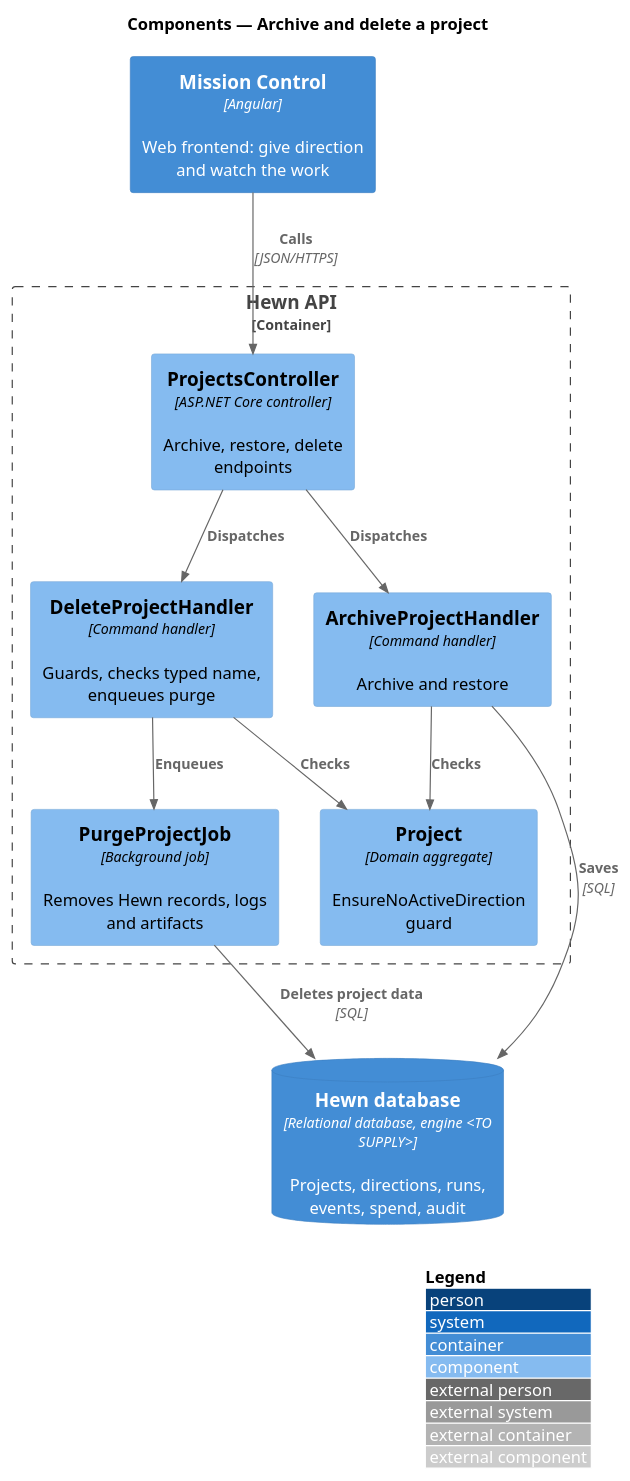
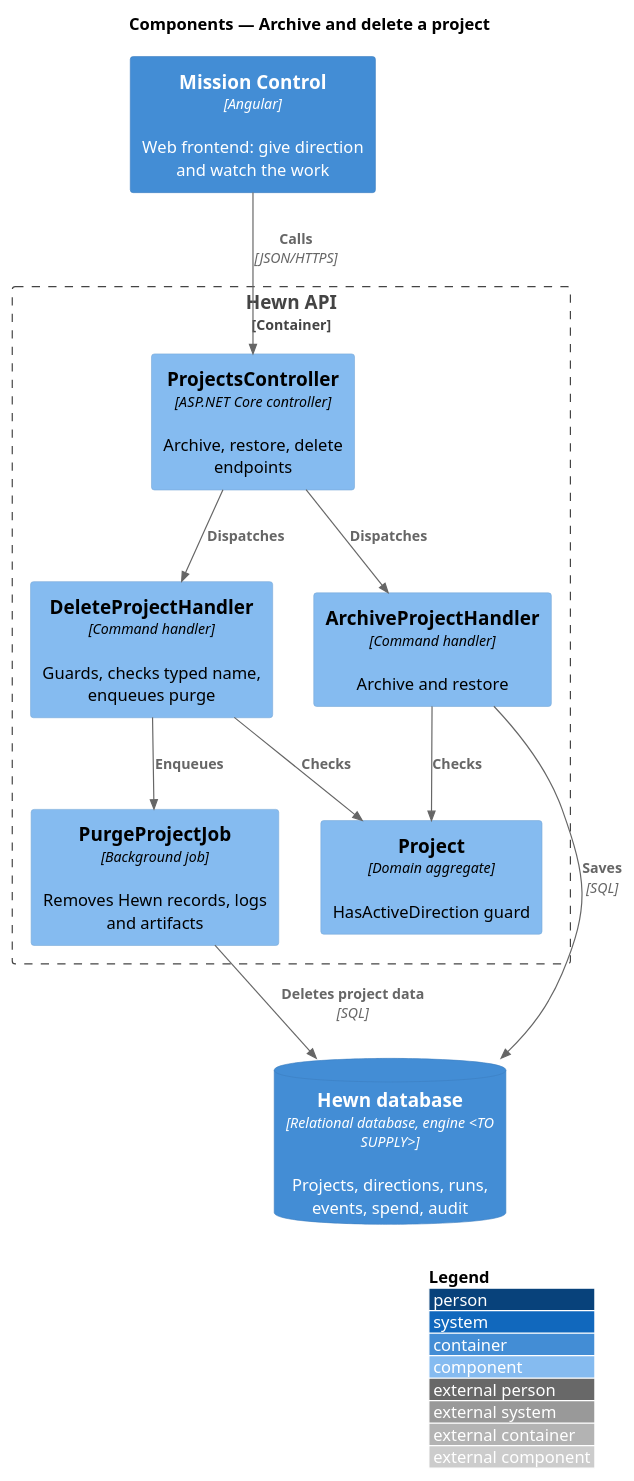
One commit to QuinntyneBrown/hewn changed the diagram in docs/detailed-designs/projects/archive-and-delete-project/diagrams/c4-component.puml. Above: the diagram before and after it, drawn with PlantUML. The commit also changed 57 other files, not shown here.

```diff
--- a/docs/detailed-designs/projects/archive-and-delete-project/diagrams/c4-component.puml
+++ b/docs/detailed-designs/projects/archive-and-delete-project/diagrams/c4-component.puml
@@ -1,24 +1,24 @@
 @startuml
 !include <C4/C4_Component>
 LAYOUT_WITH_LEGEND()
 title Components — Archive and delete a project
 
 Container(spa, "Mission Control", "Angular", "Web frontend: give direction and watch the work")
 ContainerDb(db, "Hewn database", "Relational database, engine <TO SUPPLY>", "Projects, directions, runs, events, spend, audit")
 Container_Boundary(api_b, "Hewn API") {
   Component(ctrl, "ProjectsController", "ASP.NET Core controller", "Archive, restore, delete endpoints")
   Component(arch, "ArchiveProjectHandler", "Command handler", "Archive and restore")
   Component(del, "DeleteProjectHandler", "Command handler", "Guards, checks typed name, enqueues purge")
-  Component(guard, "Project", "Domain aggregate", "EnsureNoActiveDirection guard")
+  Component(guard, "Project", "Domain aggregate", "HasActiveDirection guard")
   Component(purge, "PurgeProjectJob", "Background job", "Removes Hewn records, logs and artifacts")
 }
 
 Rel(spa, ctrl, "Calls", "JSON/HTTPS")
 Rel(ctrl, arch, "Dispatches")
 Rel(ctrl, del, "Dispatches")
 Rel(arch, guard, "Checks")
 Rel(del, guard, "Checks")
 Rel(del, purge, "Enqueues")
 Rel(arch, db, "Saves", "SQL")
 Rel(purge, db, "Deletes project data", "SQL")
 @enduml
```
